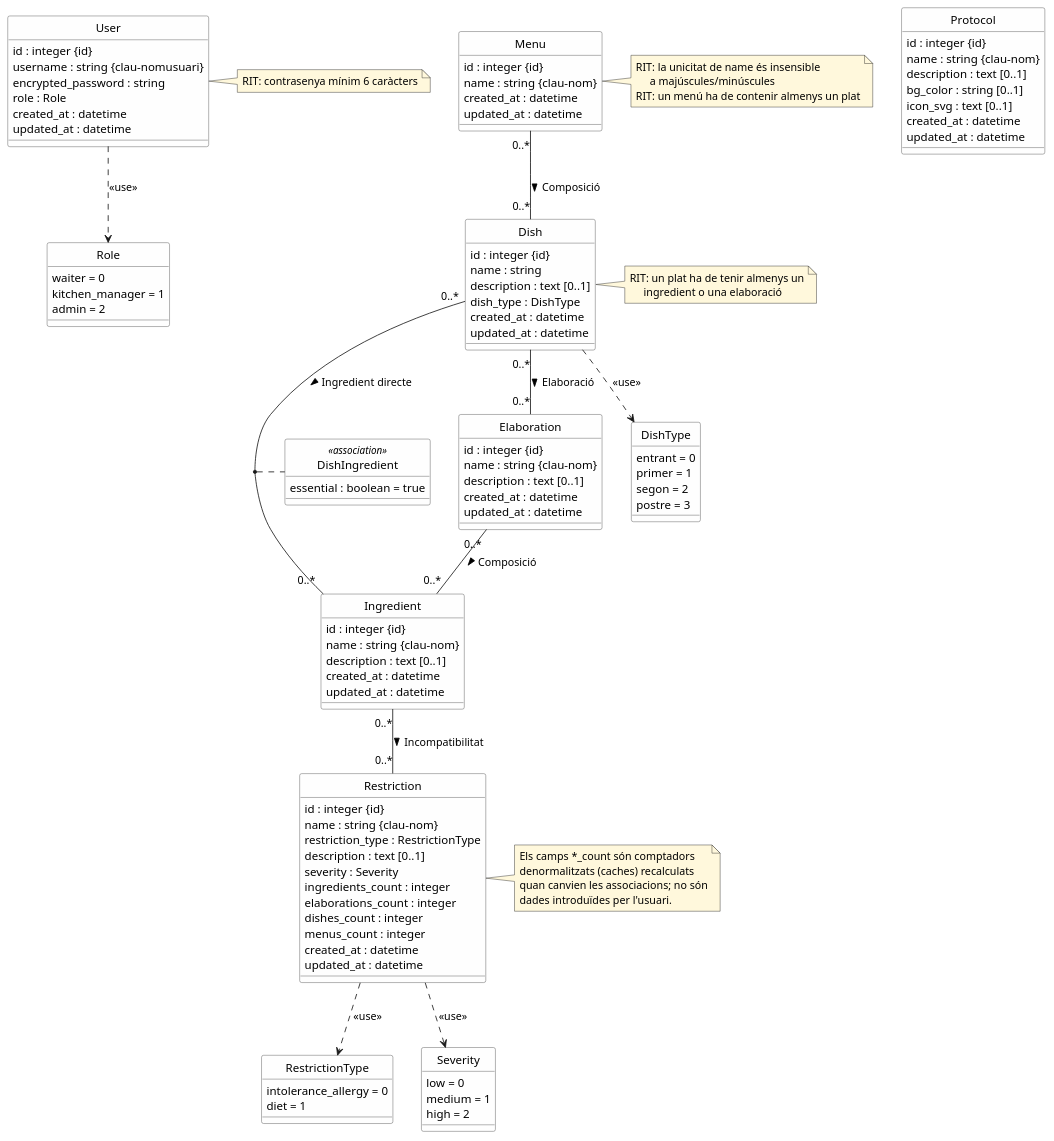
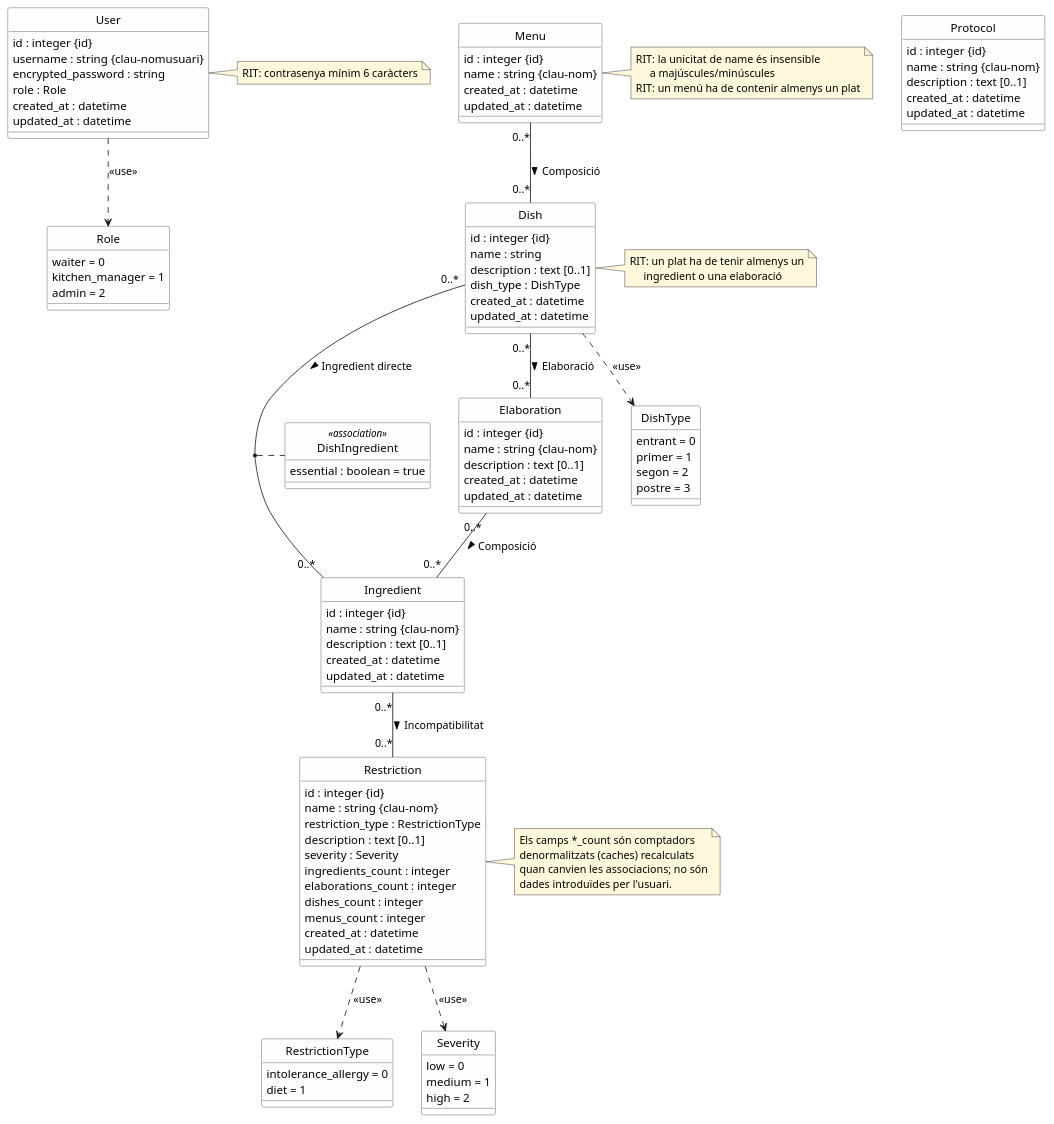
The diagram in doc/uml-class-diagram.puml (Magi-gb/Serf-APP), drawn with PlantUML before and after one commit. The commit also changed 7 other files, not shown here.

```diff
--- a/doc/uml-class-diagram.puml
+++ b/doc/uml-class-diagram.puml
@@ -1,161 +1,159 @@
 @startuml Serf - Diagrama de classes
 
 ' Generat a partir de db/schema.rb (versió 2026_05_31_195303)
 ' Convencions:
 '   {id}         -> clau primària (a la dreta del tipus)
 '   {clau-xxx}   -> restricció UNIQUE (a la dreta del tipus)
 '   [0..1]       -> atribut opcional (a la dreta del tipus).
 '                   Tot atribut sense aquesta marca s'assumeix obligatori.
 '   RIT          -> Restricció d'Integritat Textual
 
 skinparam classAttributeIconSize 0
 skinparam classBackgroundColor #FEFEFE
 skinparam classBorderColor #444444
 skinparam noteBackgroundColor #FFF8DC
 hide circle
 
 ' ===========================================================================
 ' ENTITATS
 ' ===========================================================================
 
 class User {
   id : integer {id}
   username : string {clau-nomusuari}
   encrypted_password : string
   role : Role
   created_at : datetime
   updated_at : datetime
 }
 note right of User
   RIT: contrasenya mínim 6 caràcters
 end note
 
 class Menu {
   id : integer {id}
   name : string {clau-nom}
   created_at : datetime
   updated_at : datetime
 }
 note right of Menu
   RIT: la unicitat de name és insensible
        a majúscules/minúscules
   RIT: un menú ha de contenir almenys un plat
 end note
 
 class Dish {
   id : integer {id}
   name : string
   description : text [0..1]
   dish_type : DishType
   created_at : datetime
   updated_at : datetime
 }
 note right of Dish
   RIT: un plat ha de tenir almenys un
        ingredient o una elaboració
 end note
 
 class Elaboration {
   id : integer {id}
   name : string {clau-nom}
   description : text [0..1]
   created_at : datetime
   updated_at : datetime
 }
 
 class Ingredient {
   id : integer {id}
   name : string {clau-nom}
   description : text [0..1]
   created_at : datetime
   updated_at : datetime
 }
 
 class Restriction {
   id : integer {id}
   name : string {clau-nom}
   restriction_type : RestrictionType
   description : text [0..1]
   severity : Severity
   ingredients_count : integer
   elaborations_count : integer
   dishes_count : integer
   menus_count : integer
   created_at : datetime
   updated_at : datetime
 }
 note right of Restriction
   Els camps *_count són comptadors
   denormalitzats (caches) recalculats
   quan canvien les associacions; no són
   dades introduïdes per l'usuari.
 end note
 
 class Protocol {
   id : integer {id}
   name : string {clau-nom}
   description : text [0..1]
-  bg_color : string [0..1]
-  icon_svg : text [0..1]
   created_at : datetime
   updated_at : datetime
 }
 
 ' ===========================================================================
 ' ENUMERACIONS
 ' ===========================================================================
 ' A nivell de BD es desen com enters; aquí es modelen com a tipus
 ' enumerats per fer explícits els valors permesos. La correspondència
 ' enter ↔ símbol és la mateixa que defineixen els `enum` d'ActiveRecord.
 
 enum Role {
   waiter = 0
   kitchen_manager = 1
   admin = 2
 }
 
 enum DishType {
   entrant = 0
   primer = 1
   segon = 2
   postre = 3
 }
 
 enum RestrictionType {
   intolerance_allergy = 0
   diet = 1
 }
 
 enum Severity {
   low = 0
   medium = 1
   high = 2
 }
 
 User ..> Role : << use >>
 Dish ..> DishType : << use >>
 Restriction ..> RestrictionType : << use >>
 Restriction ..> Severity : << use >>
 
 ' ===========================================================================
 ' ASSOCIACIONS N..N (nom en català + cardinalitats)
 ' ===========================================================================
 
 Menu "0..*" -- "0..*" Dish : Composició >
 
 ' Un plat es construeix amb ingredients directes i/o elaboracions.
 Dish "0..*" -- "0..*" Ingredient : Ingredient directe >
 Dish "0..*" -- "0..*" Elaboration : Elaboració >
 
 ' L'atribut `essential` distingeix els ingredients bloquejants dels
 ' substituïbles dins d'un plat: és la regla de domini clau del sistema.
 class DishIngredient <<association>> {
   essential : boolean = true
 }
 (Dish, Ingredient) .. DishIngredient
 
 Elaboration "0..*" -- "0..*" Ingredient : Composició >
 
 Ingredient "0..*" -- "0..*" Restriction : Incompatibilitat >
 
 @enduml
```
